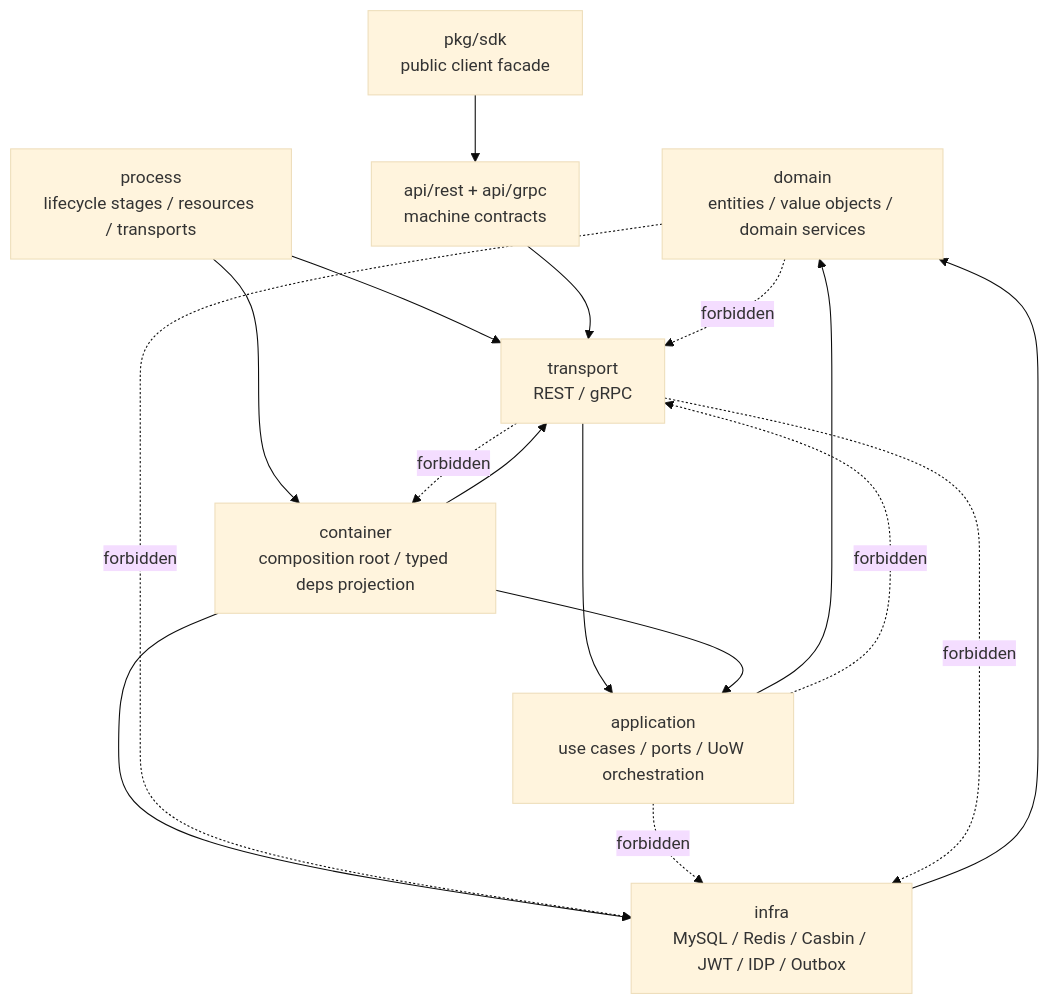
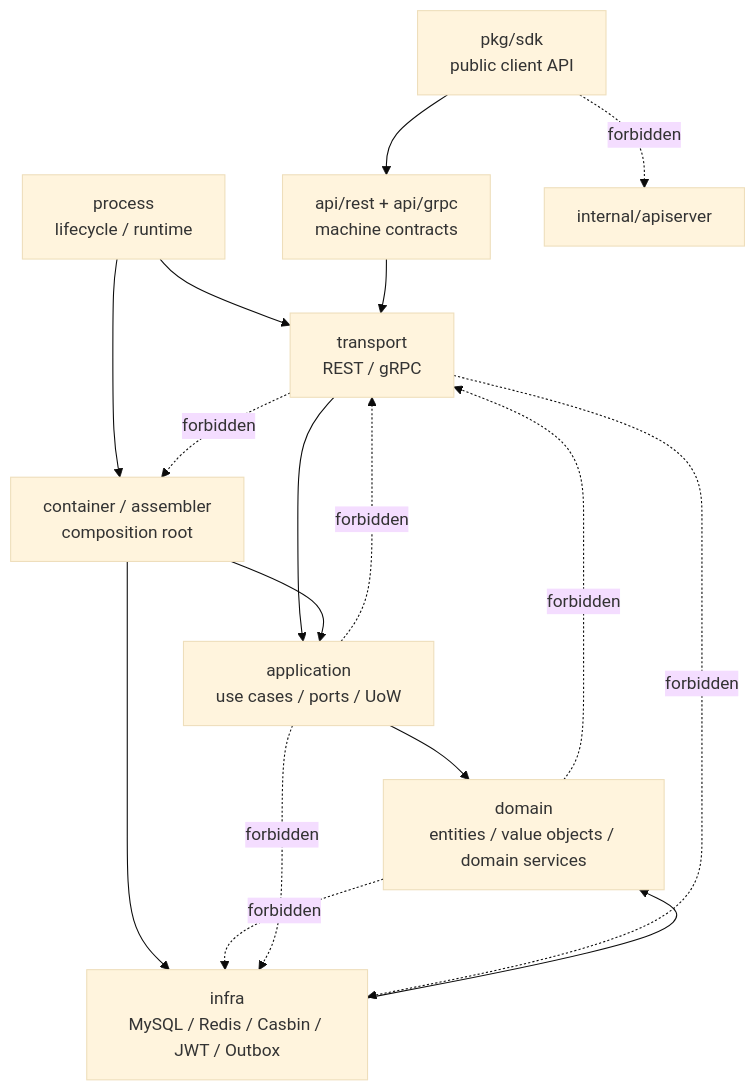
One commit to FangcunMount/iam changed the diagram in docs/06-架构护栏/01-架构测试与依赖边界.md. Above: the diagram before and after it, drawn with Mermaid (base theme). The commit also changed other lines of this file and 2 other files, not shown here.

````diff
--- a/docs/06-架构护栏/01-架构测试与依赖边界.md
+++ b/docs/06-架构护栏/01-架构测试与依赖边界.md
@@ -66,29 +64,29 @@
 ```mermaid
 flowchart TD
+    Transport["transport<br/>REST / gRPC"]
+    Application["application<br/>use cases / ports / UoW"]
     Domain["domain<br/>entities / value objects / domain services"]
-    Application["application<br/>use cases / ports / UoW orchestration"]
-    Infra["infra<br/>MySQL / Redis / Casbin / JWT / IDP / Outbox"]
-    Transport["transport<br/>REST / gRPC"]
-    Container["container<br/>composition root / typed deps projection"]
-    Process["process<br/>lifecycle stages / resources / transports"]
+    Infra["infra<br/>MySQL / Redis / Casbin / JWT / Outbox"]
+    Container["container / assembler<br/>composition root"]
+    Process["process<br/>lifecycle / runtime"]
     Contract["api/rest + api/grpc<br/>machine contracts"]
-    SDK["pkg/sdk<br/>public client facade"]
+    SDK["pkg/sdk<br/>public client API"]
 
     Transport --> Application
     Application --> Domain
     Infra --> Domain
     Container --> Application
     Container --> Infra
-    Container --> Transport
     Process --> Container
     Process --> Transport
     Contract --> Transport
     SDK --> Contract
 
     Domain -. forbidden .-> Infra
     Domain -. forbidden .-> Transport
     Application -. forbidden .-> Transport
     Application -. forbidden .-> Infra
     Transport -. forbidden .-> Container
     Transport -. forbidden .-> Infra
+    SDK -. forbidden .-> Internal["internal/apiserver"]
 ```
````
